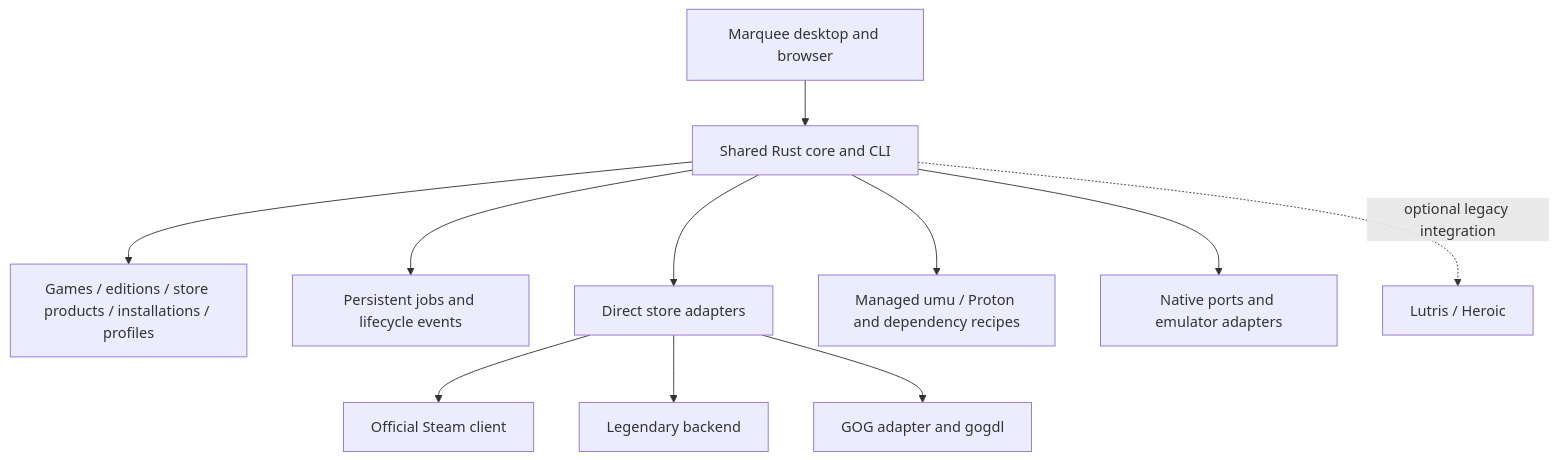
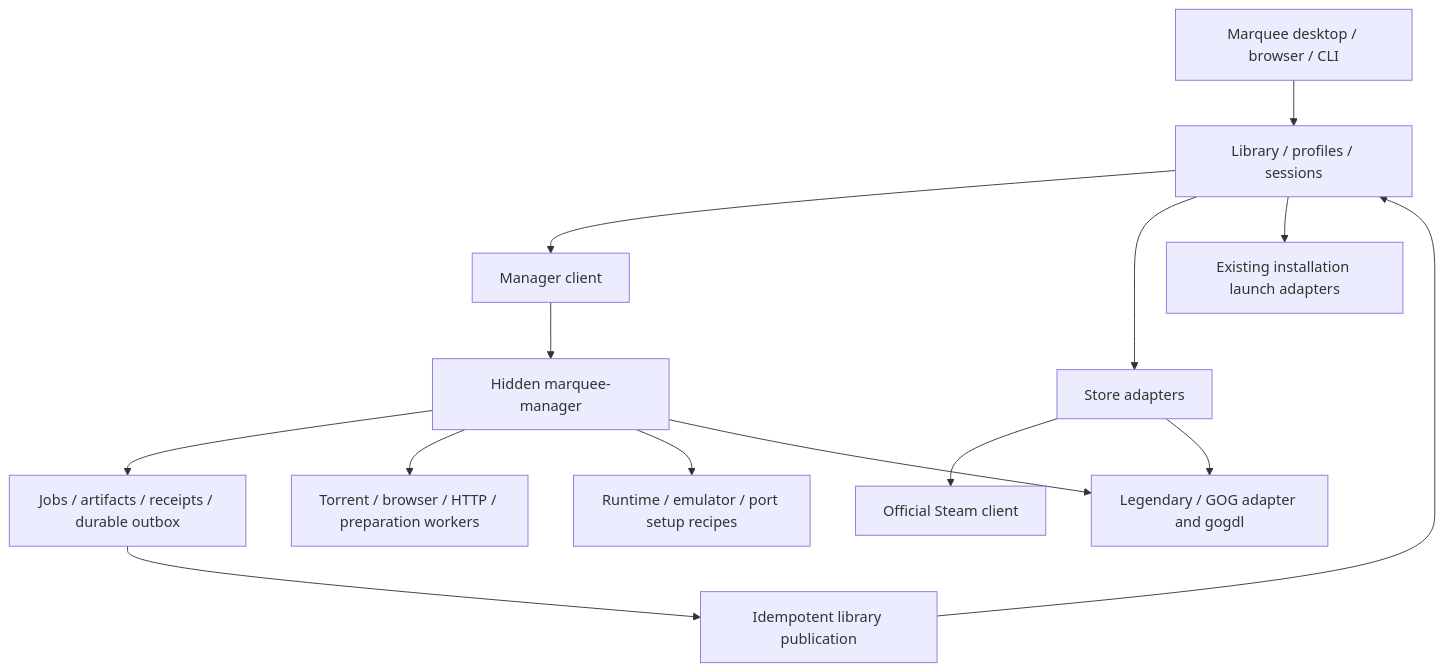
The diagram in docs/ROADMAP.md (artsiom-tsaryonau/Marquee), drawn with Mermaid before and after one commit. The commit also changed other lines of this file and 72 other files, not shown here.

Commit message:
Add detached preparation manager and consolidate documentation

````diff
--- a/docs/ROADMAP.md
+++ b/docs/ROADMAP.md
@@ -89,13 +67,16 @@
 ```mermaid
 flowchart TB
-  UI[Marquee desktop and browser] --> Core[Shared Rust core and CLI]
-  Core --> Library[Games / editions / store products / installations / profiles]
-  Core --> Jobs[Persistent jobs and lifecycle events]
-  Core --> Stores[Direct store adapters]
+  UI[Marquee desktop / browser / CLI] --> Core[Library / profiles / sessions]
+  Core --> Client[Manager client]
+  Client --> Manager[Hidden marquee-manager]
+  Manager --> State[Jobs / artifacts / receipts / durable outbox]
+  Manager --> Workers[Torrent / browser / HTTP / preparation workers]
+  Manager --> Setup[Runtime / emulator / port setup recipes]
+  Core --> Stores[Store adapters]
   Stores --> Steam[Official Steam client]
-  Stores --> Epic[Legendary backend]
-  Stores --> GOG[GOG adapter and gogdl]
-  Core --> Runtime[Managed umu / Proton and dependency recipes]
-  Core --> Native[Native ports and emulator adapters]
-  Core -. optional legacy integration .-> Legacy[Lutris / Heroic]
+  Stores --> Backends[Legendary / GOG adapter and gogdl]
+  Manager --> Backends
+  State --> Receipts[Idempotent library publication]
+  Receipts --> Core
+  Core --> Launch[Existing installation launch adapters]
 ```
````
